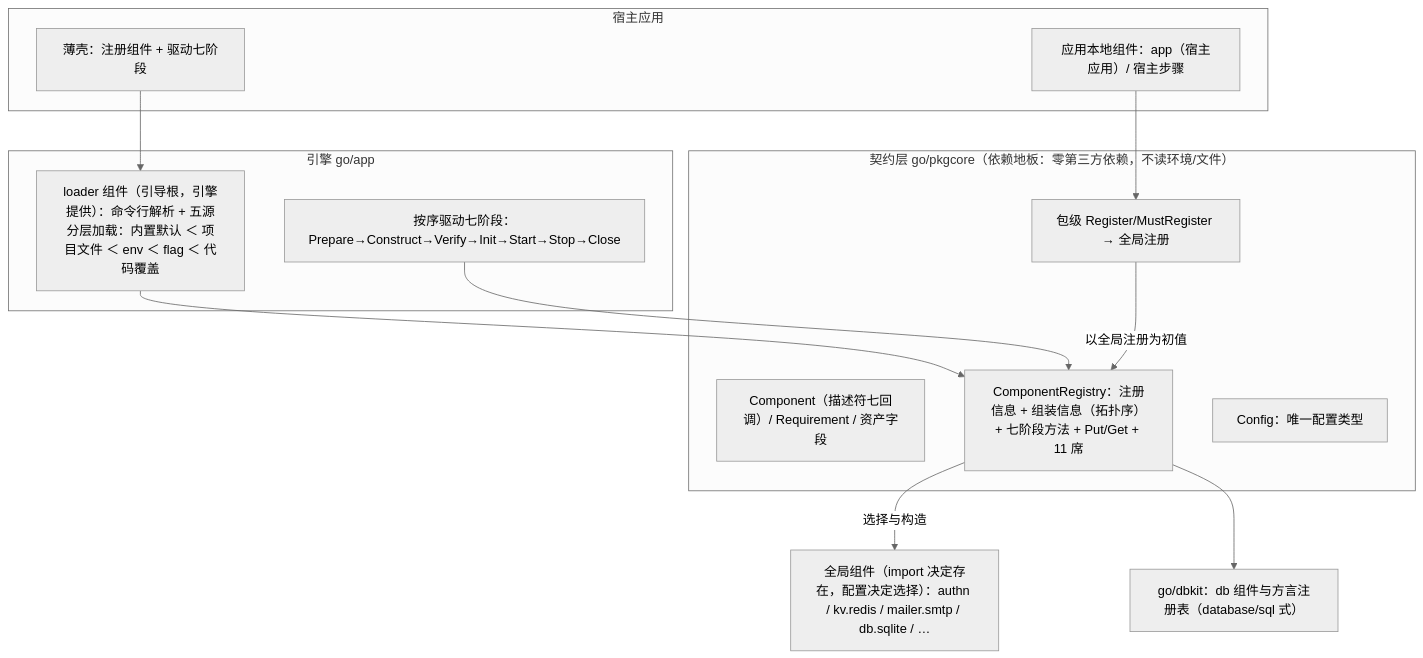
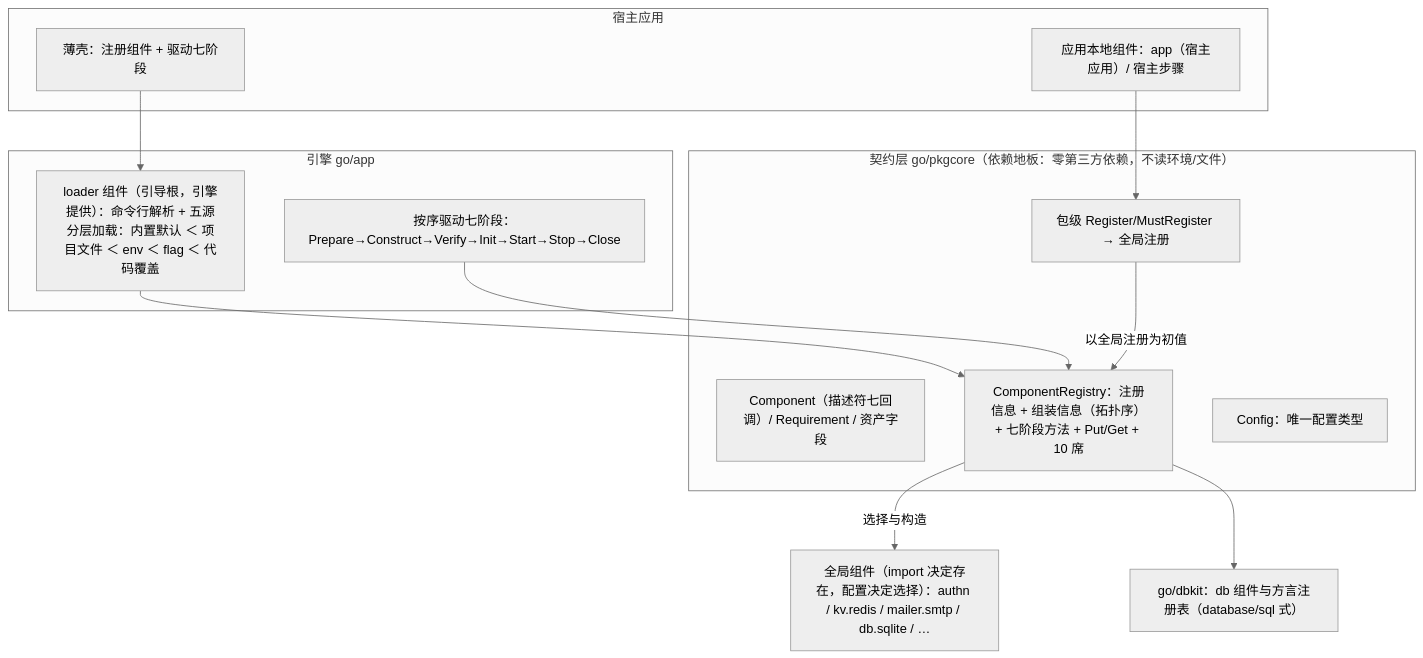
The first of 6 diagrams in docs/internal/29-config-driven-component-assembly.md (vislake/speed), drawn with Mermaid (neutral theme) before and after one commit. The commit also changed other lines of this file, not shown here.

````diff
--- a/docs/internal/29-config-driven-component-assembly.md
+++ b/docs/internal/29-config-driven-component-assembly.md
@@ -28,30 +28,30 @@
 ```mermaid
 flowchart TB
     subgraph HOST["宿主应用"]
         SHELL["薄壳：注册组件 + 驱动七阶段"]
         LOCAL["应用本地组件：app（宿主应用）/ 宿主步骤"]
     end
 
     subgraph ENG["引擎 go/app"]
         SRC["loader 组件（引导根，引擎提供）：命令行解析 + 五源分层加载：内置默认 ＜ 项目文件 ＜ env ＜ flag ＜ 代码覆盖"]
         ORCH["按序驱动七阶段：Prepare→Construct→Verify→Init→Start→Stop→Close"]
     end
 
     subgraph CORE["契约层 go/pkgcore（依赖地板：零第三方依赖，不读环境/文件）"]
         MODEL["Component（描述符七回调）/ Requirement / 资产字段"]
-        REG["ComponentRegistry：注册信息 + 组装信息（拓扑序）+ 七阶段方法 + Put/Get + 11 席"]
+        REG["ComponentRegistry：注册信息 + 组装信息（拓扑序）+ 七阶段方法 + Put/Get + 10 席"]
         CFG["Config：唯一配置类型"]
         CREG["包级 Register/MustRegister → 全局注册"]
     end
 
     UN["全局组件（import 决定存在，配置决定选择）：authn / kv.redis / mailer.smtp / db.sqlite / …"]
     DBKIT["go/dbkit：db 组件与方言注册表（database/sql 式）"]
 
     SHELL --> SRC
     LOCAL --> CREG
     SRC --> REG
     CREG -->|"以全局注册为初值"| REG
     REG -->|"选择与构造"| UN
     ORCH --> REG
     REG --> DBKIT
 ```
````
